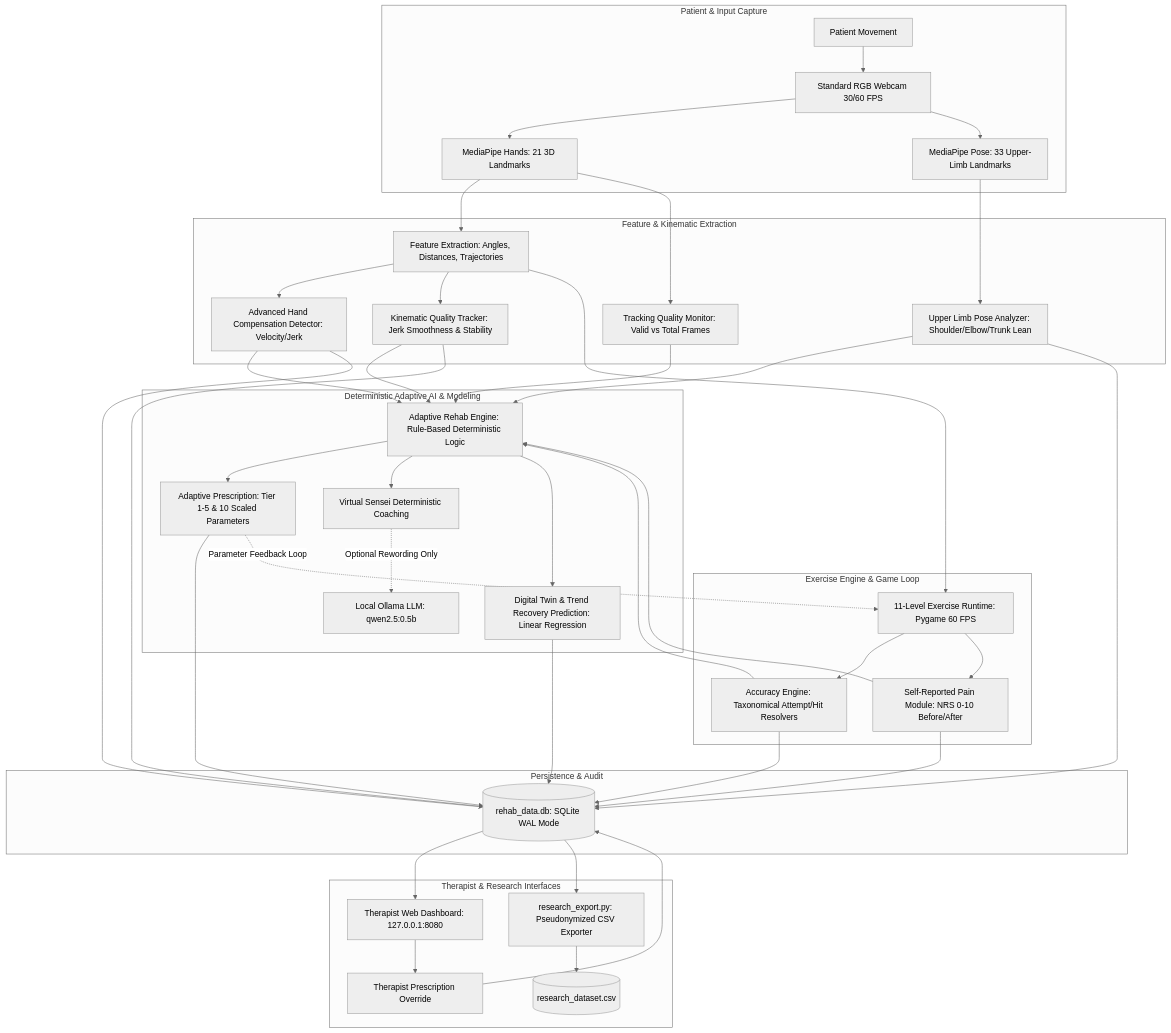
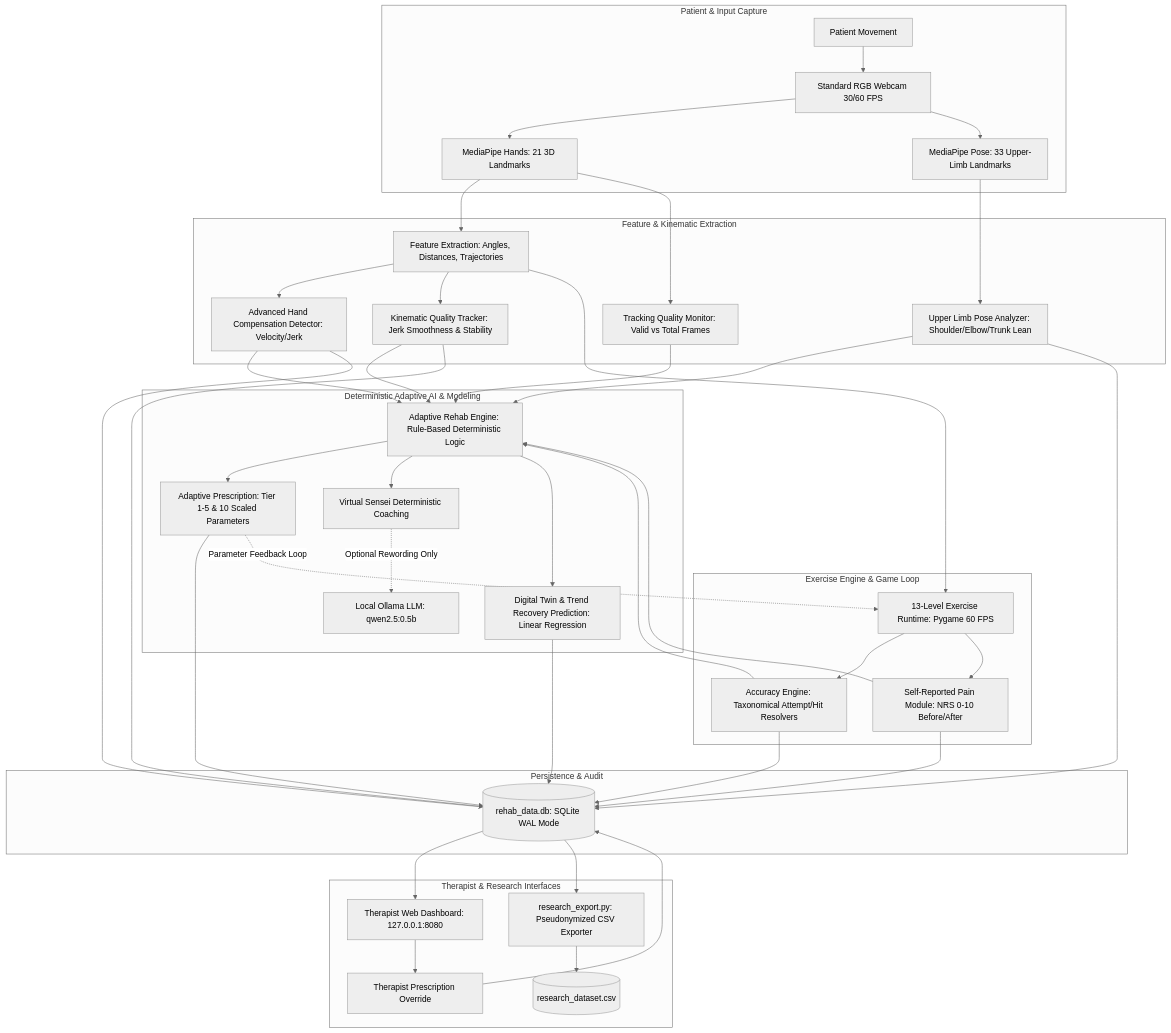
The second of 6 diagrams in RESEARCH_ANALYSIS.md (sumanth965/AI-Hand-Rehabilitation-System), drawn with Mermaid (neutral theme) before and after one commit. The commit also changed other lines of this file and 20 other files, not shown here.

````diff
--- a/RESEARCH_ANALYSIS.md
+++ b/RESEARCH_ANALYSIS.md
@@ -190,55 +190,55 @@
 ```mermaid
 flowchart TD
     subgraph Patient Layer [Patient & Input Capture]
         P[Patient Movement] --> C[Standard RGB Webcam 30/60 FPS]
         C --> M_H[MediaPipe Hands: 21 3D Landmarks]
         C --> M_P[MediaPipe Pose: 33 Upper-Limb Landmarks]
     end
 
     subgraph Kinematics Layer [Feature & Kinematic Extraction]
         M_H --> FE[Feature Extraction: Angles, Distances, Trajectories]
         M_H --> TRK[Tracking Quality Monitor: Valid vs Total Frames]
         M_P --> CMP_P[Upper Limb Pose Analyzer: Shoulder/Elbow/Trunk Lean]
         FE --> CMP_H[Advanced Hand Compensation Detector: Velocity/Jerk]
         FE --> KQT[Kinematic Quality Tracker: Jerk Smoothness & Stability]
     end
 
     subgraph Runtime Layer [Exercise Engine & Game Loop]
-        FE --> EX[11-Level Exercise Runtime: Pygame 60 FPS]
+        FE --> EX[13-Level Exercise Runtime: Pygame 60 FPS]
         EX --> ACC[Accuracy Engine: Taxonomical Attempt/Hit Resolvers]
         EX --> PN[Self-Reported Pain Module: NRS 0-10 Before/After]
     end
 
     subgraph Intelligence Layer [Deterministic Adaptive AI & Modeling]
         ACC --> ADAPT[Adaptive Rehab Engine: Rule-Based Deterministic Logic]
         KQT --> ADAPT
         CMP_P --> ADAPT
         CMP_H --> ADAPT
         PN --> ADAPT
         TRK --> ADAPT
         ADAPT --> RX[Adaptive Prescription: Tier 1-5 & 10 Scaled Parameters]
         ADAPT --> SENSEI[Virtual Sensei Deterministic Coaching]
         SENSEI -.->|Optional Rewording Only| LLM[Local Ollama LLM: qwen2.5:0.5b]
         ADAPT --> DT[Digital Twin & Trend Recovery Prediction: Linear Regression]
     end
 
     subgraph Storage Layer [Persistence & Audit]
         RX --> DB[(rehab_data.db: SQLite WAL Mode)]
         ACC --> DB
         KQT --> DB
         CMP_P --> DB
         CMP_H --> DB
         PN --> DB
         DT --> DB
     end
 
     subgraph Clinical & Research Layer [Therapist & Research Interfaces]
         DB --> DASH[Therapist Web Dashboard: 127.0.0.1:8080]
         DASH --> OVR[Therapist Prescription Override]
         OVR --> DB
         DB --> EXP[research_export.py: Pseudonymized CSV Exporter]
         EXP --> CSV[(research_dataset.csv)]
     end
 
     RX -.->|Parameter Feedback Loop| EX
 ```
````
